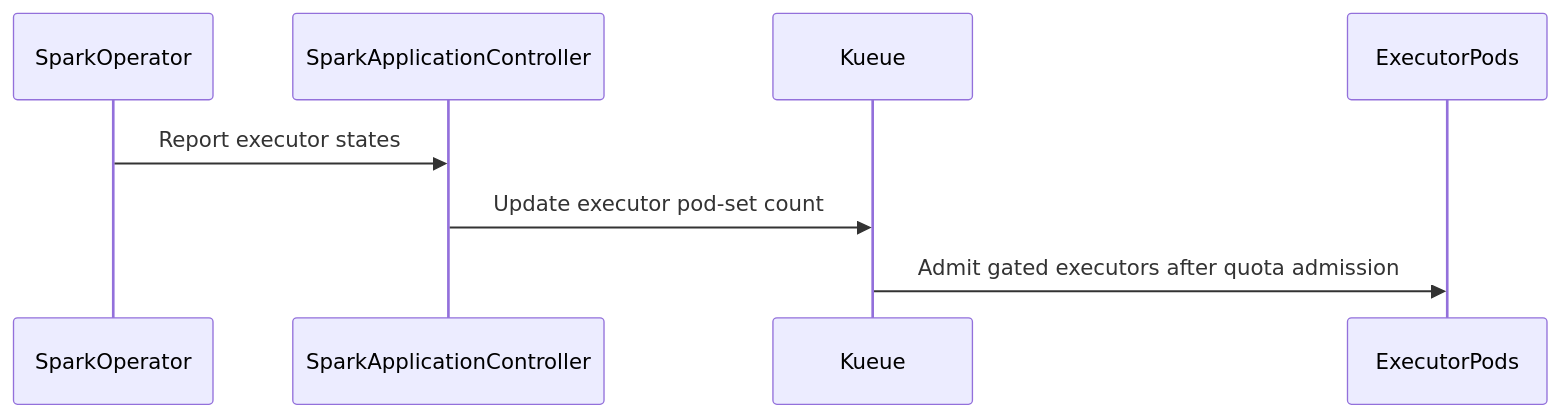
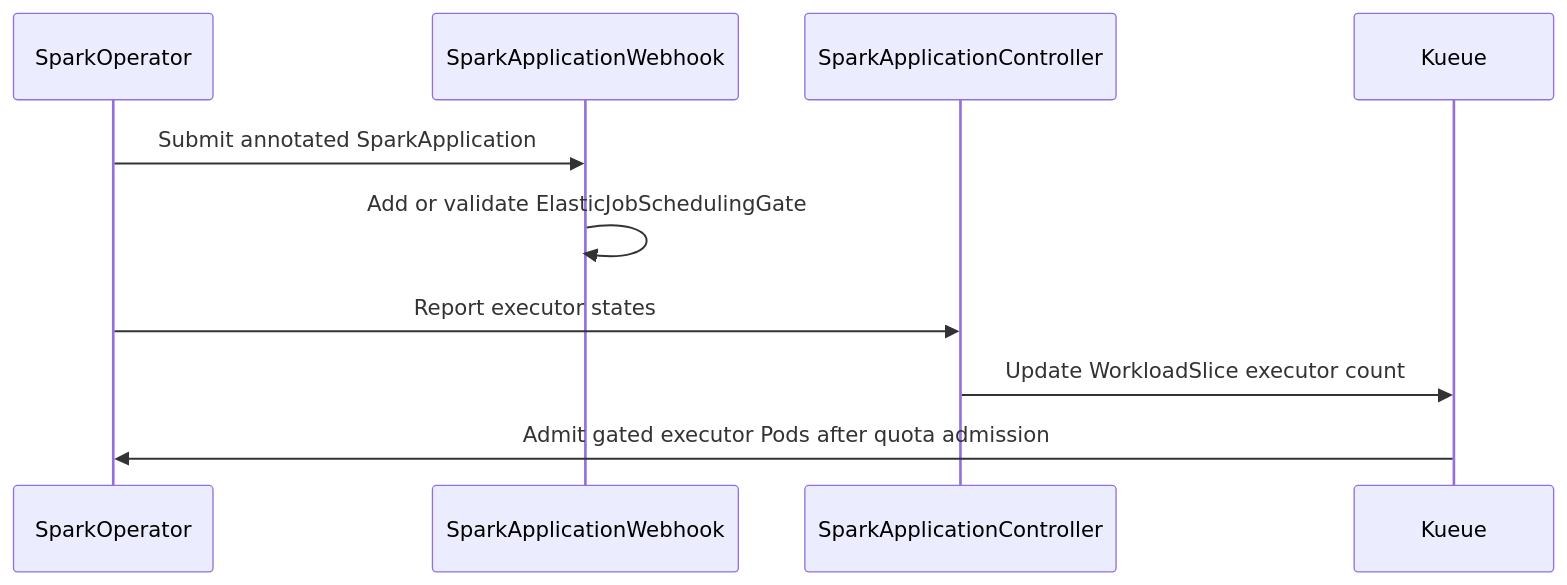
Before and after one commit to reruno/kueue-llm-wiki: the diagram in raw/github/kubernetes-sigs__kueue/pr-17127.md, drawn with Mermaid. The commit also changed other lines of this file and 713 other files, not shown here.

````diff
--- a/raw/github/kubernetes-sigs__kueue/pr-17127.md
+++ b/raw/github/kubernetes-sigs__kueue/pr-17127.md
@@ -190,10 +230,12 @@
 ```mermaid
 sequenceDiagram
   participant SparkOperator
+  participant SparkApplicationWebhook
   participant SparkApplicationController
   participant Kueue
-  participant ExecutorPods
+  SparkOperator->>SparkApplicationWebhook: Submit annotated SparkApplication
+  SparkApplicationWebhook->>SparkApplicationWebhook: Add or validate ElasticJobSchedulingGate
   SparkOperator->>SparkApplicationController: Report executor states
-  SparkApplicationController->>Kueue: Update executor pod-set count
-  Kueue->>ExecutorPods: Admit gated executors after quota admission
+  SparkApplicationController->>Kueue: Update WorkloadSlice executor count
+  Kueue->>SparkOperator: Admit gated executor Pods after quota admission
 ```
````
